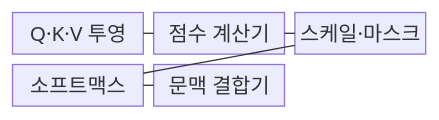
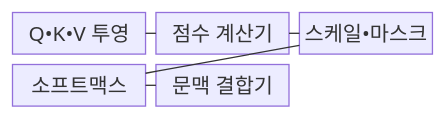
One commit to agnusdei1207/knowledge-base changed the first of 2 diagrams in src/content/docs/notes/08-latest-tech/028_self_attention.md. Above: the diagram before and after it, drawn with Mermaid. The commit also changed other lines of this file and 953 other files, not shown here.

````diff
--- a/src/content/docs/notes/08-latest-tech/028_self_attention.md
+++ b/src/content/docs/notes/08-latest-tech/028_self_attention.md
@@ -68,13 +68,13 @@
 ```mermaid
 block-beta
     columns 3
-    P["Q·K·V 투영"]
+    P["Q•K•V 투영"]
     S["점수 계산기"]
-    M["스케일·마스크"]
+    M["스케일•마스크"]
     W["소프트맥스"]
     C["문맥 결합기"]
     P --- S
     S --- M
     M --- W
     W --- C
 ```
````
